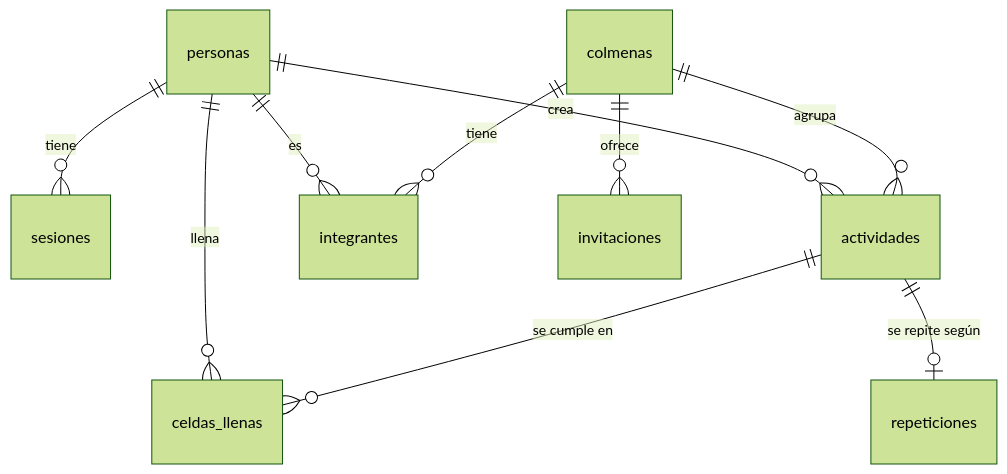
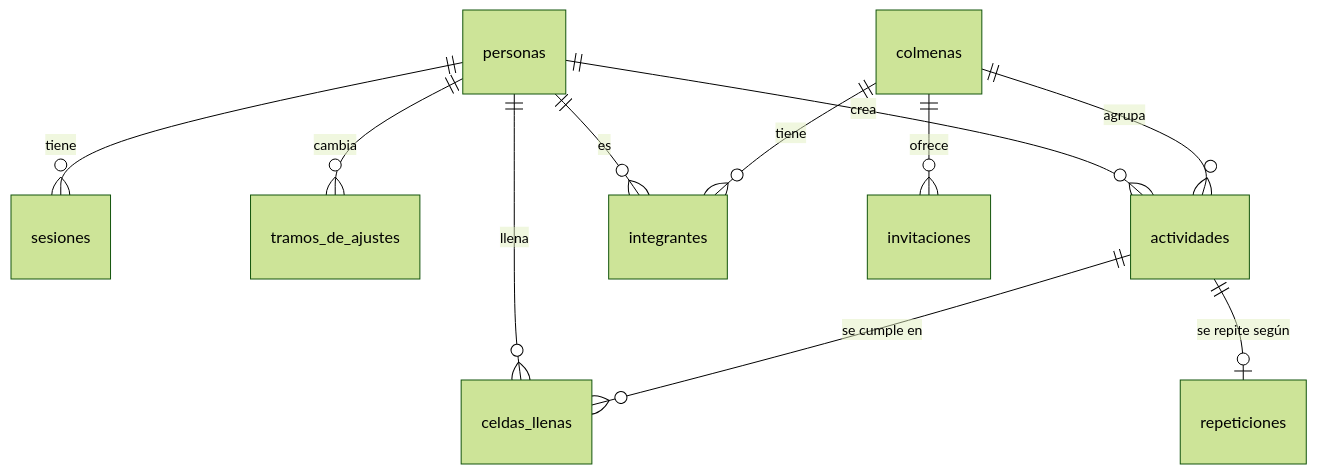
One commit to mario-pereyra/panal changed the diagram in docs/proyecto/05-datos-y-api.md. Above: the diagram before and after it, drawn with Mermaid (forest theme). The commit also changed other lines of this file and 246 other files, not shown here.

````diff
--- a/docs/proyecto/05-datos-y-api.md
+++ b/docs/proyecto/05-datos-y-api.md
@@ -40,12 +40,13 @@
 ```mermaid
 erDiagram
     personas ||--o{ sesiones : "tiene"
+    personas ||--o{ tramos_de_ajustes : "cambia"
     personas ||--o{ actividades : "crea"
     personas ||--o{ celdas_llenas : "llena"
     personas ||--o{ integrantes : "es"
     colmenas ||--o{ integrantes : "tiene"
     colmenas ||--o{ actividades : "agrupa"
     colmenas ||--o{ invitaciones : "ofrece"
     actividades ||--o| repeticiones : "se repite según"
     actividades ||--o{ celdas_llenas : "se cumple en"
 ```
````
